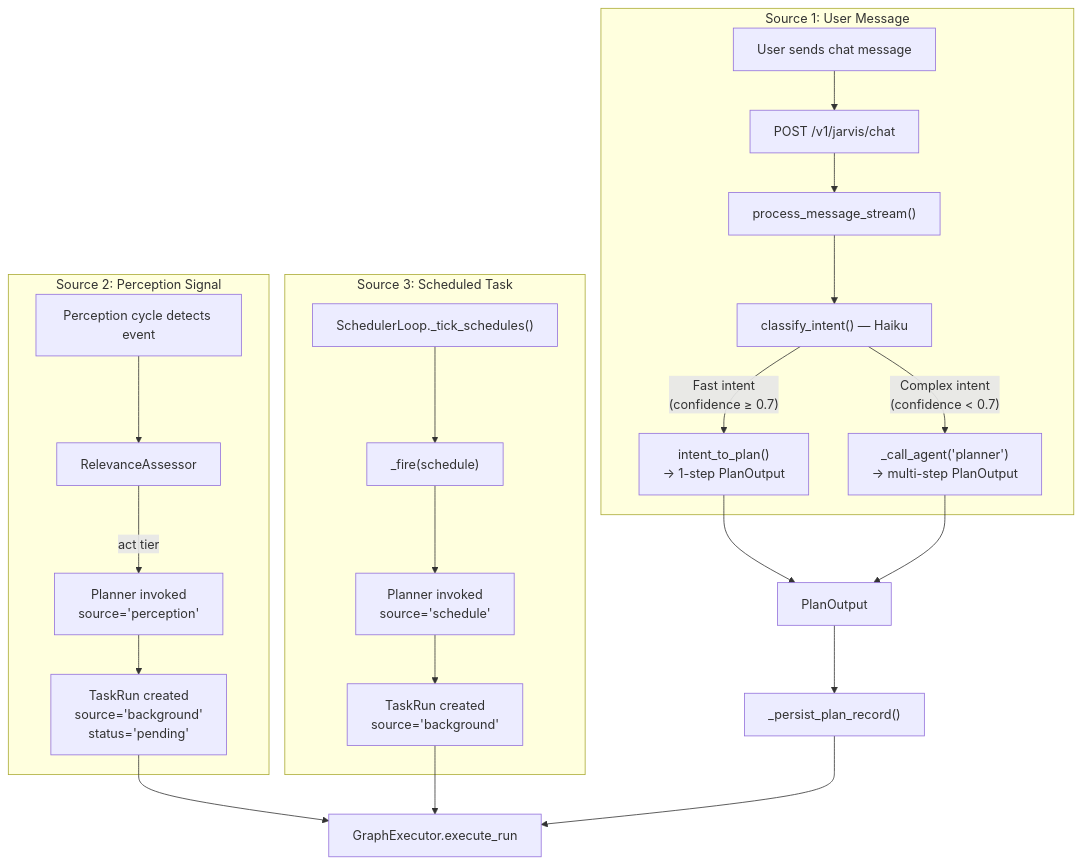
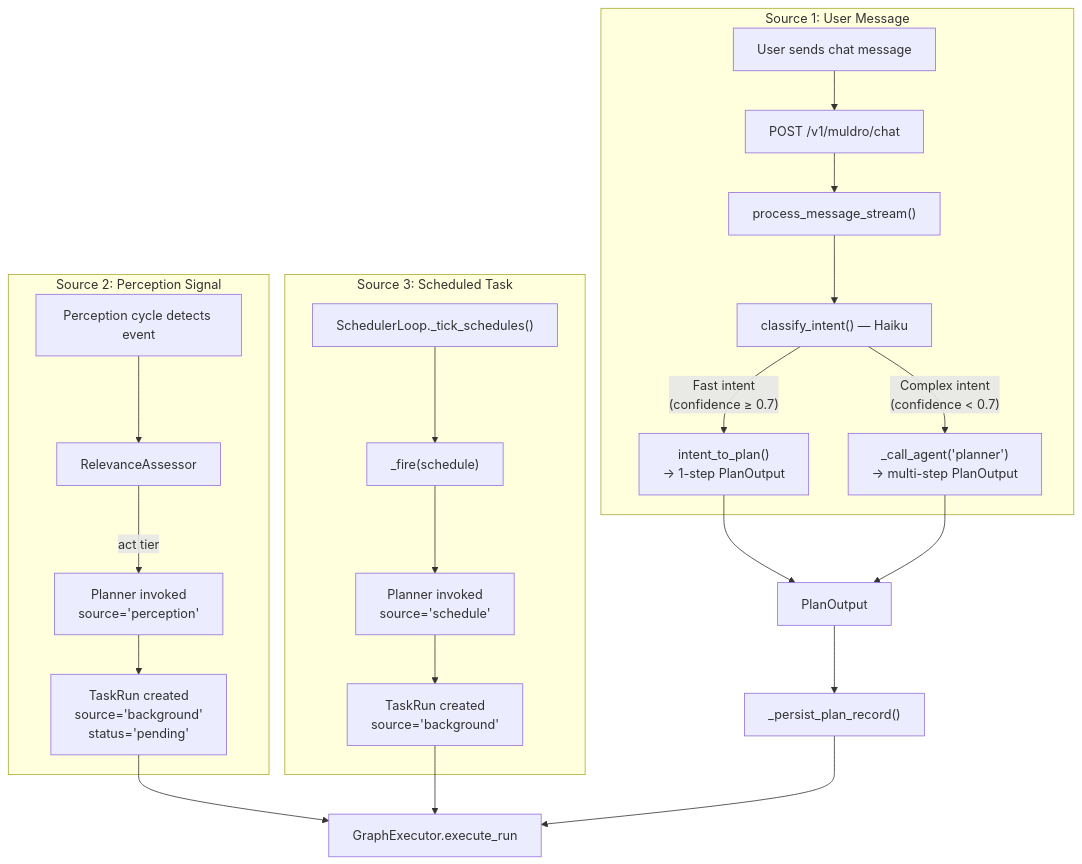
Before and after one commit to shivadharmi/muldro: the second of 17 diagrams in docs/architecture/plan-execution-deep-dive.md, drawn with Mermaid. The commit also changed other lines of this file and 359 other files, not shown here.

First line of the commit message:
chore: rebrand Jarvis to Muldro across the codebase

````diff
--- a/docs/architecture/plan-execution-deep-dive.md
+++ b/docs/architecture/plan-execution-deep-dive.md
@@ -78,29 +78,29 @@
 ```mermaid
 flowchart TD
     subgraph "Source 1: User Message"
-        U[User sends chat message] --> API["POST /v1/jarvis/chat"]
+        U[User sends chat message] --> API["POST /v1/muldro/chat"]
         API --> PM["process_message_stream()"]
         PM --> IC["classify_intent() — Haiku"]
         IC -->|"Fast intent<br/>(confidence ≥ 0.7)"| ITP["intent_to_plan()<br/>→ 1-step PlanOutput"]
         IC -->|"Complex intent<br/>(confidence < 0.7)"| PL["_call_agent('planner')<br/>→ multi-step PlanOutput"]
     end
 
     subgraph "Source 2: Perception Signal"
         PS[Perception cycle detects event] --> RA[RelevanceAssessor]
         RA -->|"act tier"| PL2["Planner invoked<br/>source='perception'"]
         PL2 --> BG["TaskRun created<br/>source='background'<br/>status='pending'"]
     end
 
     subgraph "Source 3: Scheduled Task"
         SC["SchedulerLoop._tick_schedules()"] --> FIRE["_fire(schedule)"]
         FIRE --> PL3["Planner invoked<br/>source='schedule'"]
         PL3 --> BG2["TaskRun created<br/>source='background'"]
     end
 
     ITP --> PO[PlanOutput]
     PL --> PO
     BG --> EXEC[GraphExecutor.execute_run]
     BG2 --> EXEC
     PO --> PERSIST["_persist_plan_record()"]
     PERSIST --> EXEC
 ```
````
